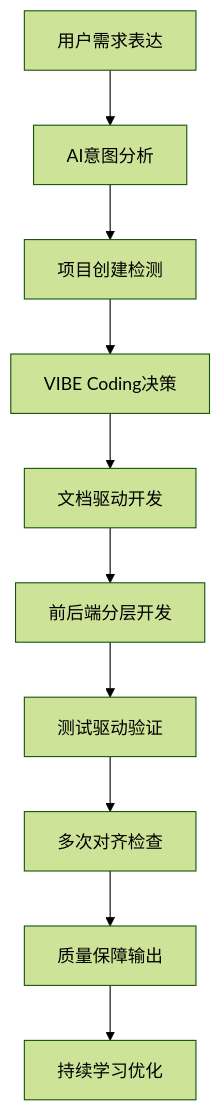
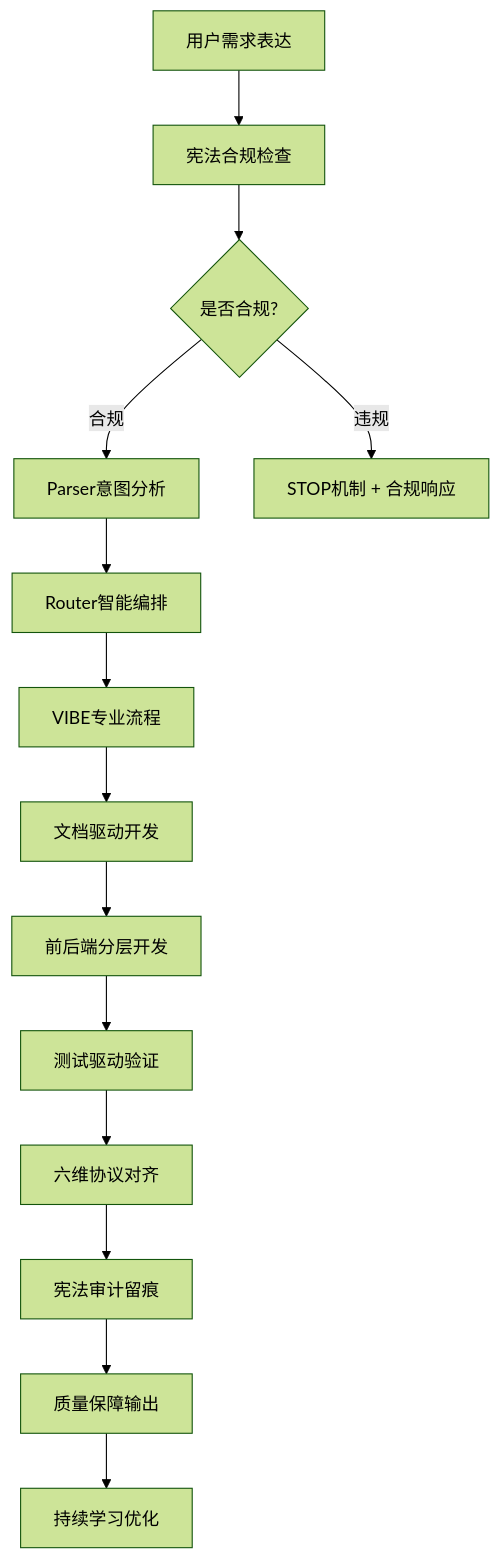
One commit to wangqiqi/cursor-ai-rules changed the first of 2 diagrams in .cursor/commands/vibe.md. Above: the diagram before and after it, drawn with Mermaid (forest theme). The commit also changed other lines of this file and 12 other files, not shown here.

````diff
--- a/.cursor/commands/vibe.md
+++ b/.cursor/commands/vibe.md
@@ -23,12 +25,16 @@
 ```mermaid
 graph TD
-    A[用户需求表达] --> B[AI意图分析]
-    B --> C[项目创建检测]
-    C --> D[VIBE Coding决策]
-    D --> E[文档驱动开发]
-    E --> F[前后端分层开发]
-    F --> G[测试驱动验证]
-    G --> H[多次对齐检查]
-    H --> I[质量保障输出]
-    I --> J[持续学习优化]
+    A[用户需求表达] --> B[宪法合规检查]
+    B --> C{是否合规?}
+    C -->|合规| D[Parser意图分析]
+    C -->|违规| E[STOP机制 + 合规响应]
+    D --> F[Router智能编排]
+    F --> G[VIBE专业流程]
+    G --> H[文档驱动开发]
+    H --> I[前后端分层开发]
+    I --> J[测试驱动验证]
+    J --> K[六维协议对齐]
+    K --> L[宪法审计留痕]
+    L --> M[质量保障输出]
+    M --> N[持续学习优化]
 ```
````
